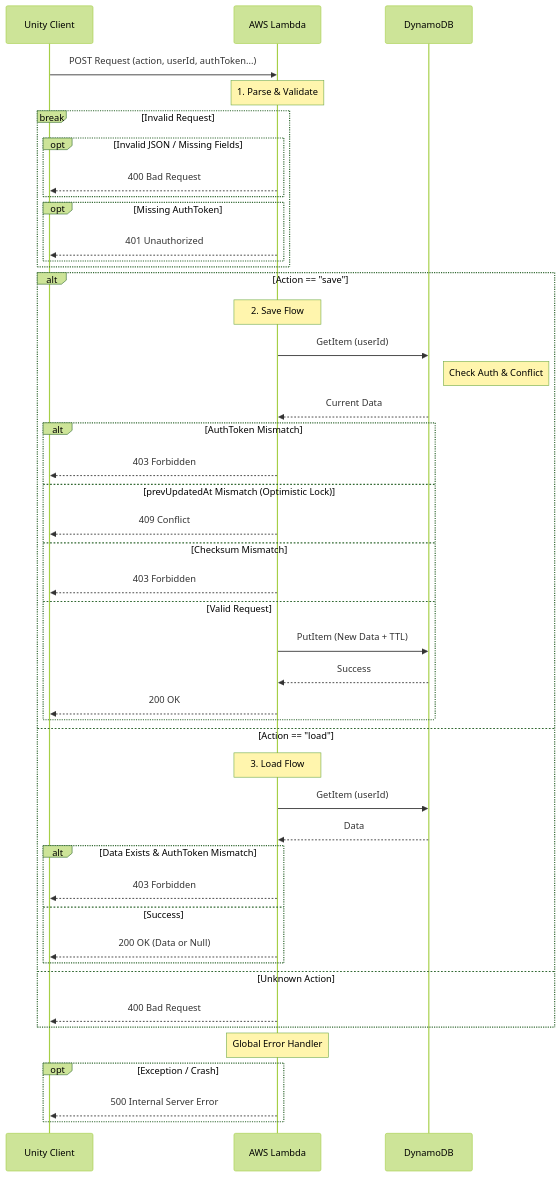
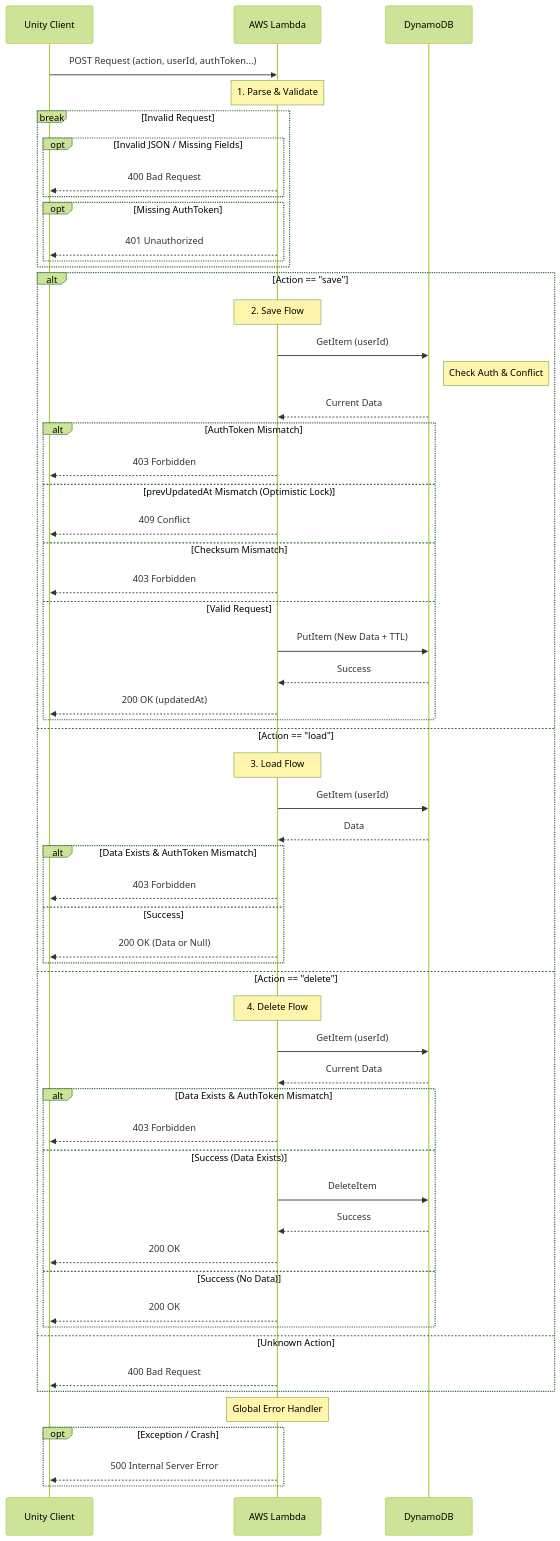
The diagram in docs/10_backend_implementation.md (potatonecst/GeomeTRIo), drawn with Mermaid (forest theme) before and after one commit. The commit also changed other lines of this file and 19 other files, not shown here.

````diff
--- a/docs/10_backend_implementation.md
+++ b/docs/10_backend_implementation.md
@@ -91,57 +97,72 @@
 ```mermaid
 sequenceDiagram
     participant Client as Unity Client
     participant Lambda as AWS Lambda
     participant DB as DynamoDB
 
     Client->>Lambda: POST Request (action, userId, authToken...)
     
     Note over Lambda: 1. Parse & Validate
     
     break Invalid Request
         opt Invalid JSON / Missing Fields
             Lambda-->>Client: 400 Bad Request
         end
         opt Missing AuthToken
             Lambda-->>Client: 401 Unauthorized
         end
     end
 
     alt Action == "save"
         Note over Lambda: 2. Save Flow
         Lambda->>DB: GetItem (userId)
         Note right of DB: Check Auth & Conflict
         DB-->>Lambda: Current Data
         
         alt AuthToken Mismatch
             Lambda-->>Client: 403 Forbidden
         else prevUpdatedAt Mismatch (Optimistic Lock)
             Lambda-->>Client: 409 Conflict
         else Checksum Mismatch
             Lambda-->>Client: 403 Forbidden
         else Valid Request
             Lambda->>DB: PutItem (New Data + TTL)
             DB-->>Lambda: Success
-            Lambda-->>Client: 200 OK
+            Lambda-->>Client: 200 OK (updatedAt)
         end
 
     else Action == "load"
         Note over Lambda: 3. Load Flow
         Lambda->>DB: GetItem (userId)
         DB-->>Lambda: Data
         
         alt Data Exists & AuthToken Mismatch
             Lambda-->>Client: 403 Forbidden
         else Success
             Lambda-->>Client: 200 OK (Data or Null)
         end
         
+    else Action == "delete"
+        Note over Lambda: 4. Delete Flow
+        Lambda->>DB: GetItem (userId)
+        DB-->>Lambda: Current Data
+        
+        alt Data Exists & AuthToken Mismatch
+            Lambda-->>Client: 403 Forbidden
+        else Success (Data Exists)
+            Lambda->>DB: DeleteItem
+            DB-->>Lambda: Success
+            Lambda-->>Client: 200 OK
+        else Success (No Data)
+            Lambda-->>Client: 200 OK
+        end
+
     else Unknown Action
         Lambda-->>Client: 400 Bad Request
     end
 
     Note over Lambda: Global Error Handler
     opt Exception / Crash
         Lambda-->>Client: 500 Internal Server Error
     end
 ```
````
